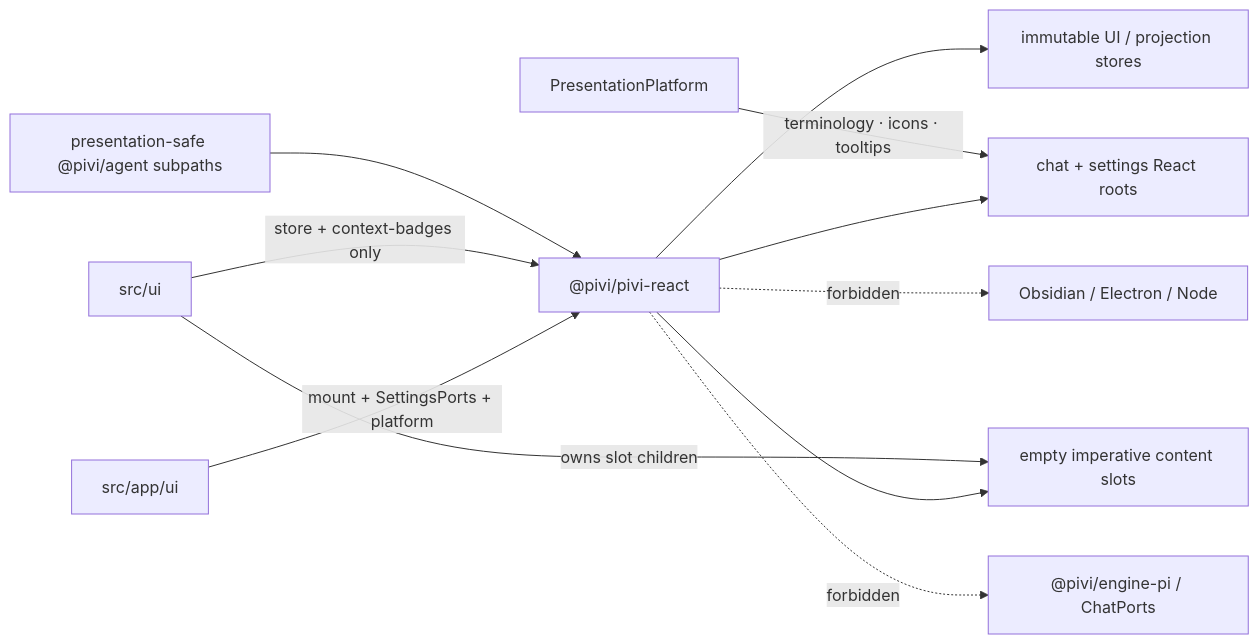
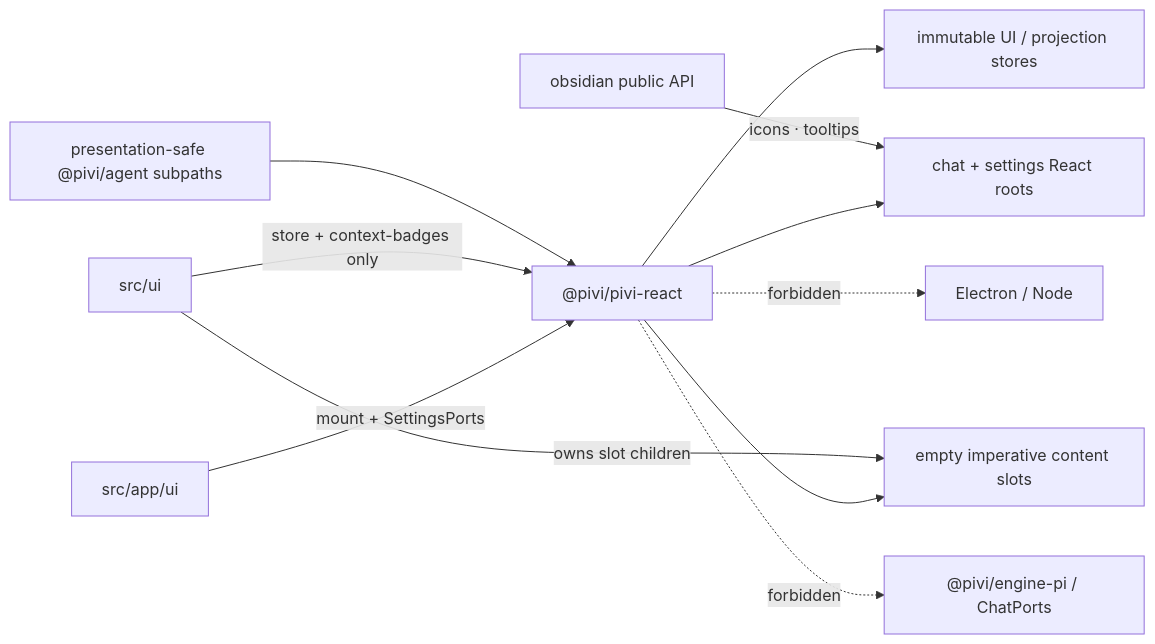
The diagram in packages/pivi-react/AGENTS.md (shuuul/obsidian-pivi), drawn with Mermaid before and after one commit. The commit also changed other lines of this file and 328 other files, not shown here.

````diff
--- a/packages/pivi-react/AGENTS.md
+++ b/packages/pivi-react/AGENTS.md
@@ -15,13 +15,13 @@
 ```mermaid
 flowchart LR
-  AppUI["src/app/ui"] -- "mount + SettingsPorts + platform" --> ReactUI["@pivi/pivi-react"]
+  AppUI["src/app/ui"] -- "mount + SettingsPorts" --> ReactUI["@pivi/pivi-react"]
   ProductUI["src/ui"] -- "store + context-badges only" --> ReactUI
   Agent["presentation-safe @pivi/agent subpaths"] --> ReactUI
   ReactUI --> Stores["immutable UI / projection stores"]
   ReactUI --> Shells["chat + settings React roots"]
   ReactUI --> Slots["empty imperative content slots"]
   ProductUI -- "owns slot children" --> Slots
-  Platform["PresentationPlatform"] -- "terminology · icons · tooltips" --> Shells
-  ReactUI -. "forbidden" .-> Host["Obsidian / Electron / Node"]
+  Obsidian["obsidian public API"] -- "icons · tooltips" --> Shells
+  ReactUI -. "forbidden" .-> Host["Electron / Node"]
   ReactUI -. "forbidden" .-> Engine["@pivi/engine-pi / ChatPorts"]
 ```
````
